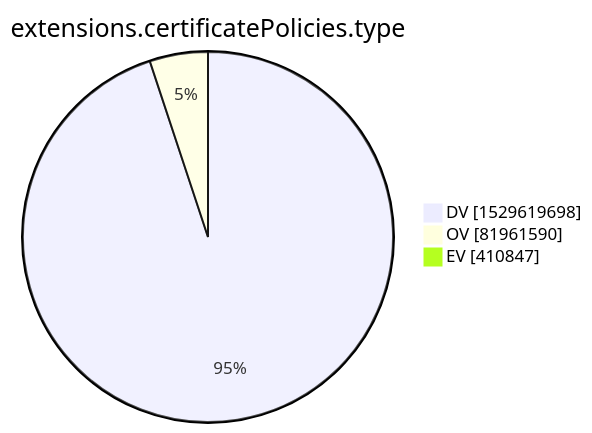
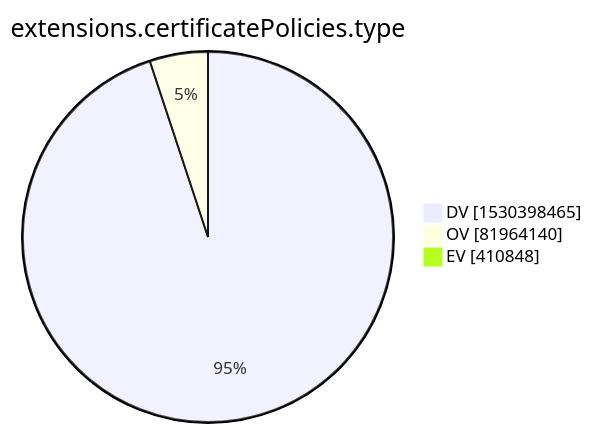
Before and after one commit to christiankrug/ctmonitor_visualization: the tenth of 15 diagrams in xenon2022/README.md, drawn with Mermaid. The commit also changed other lines of this file, not shown here.

````diff
--- a/xenon2022/README.md
+++ b/xenon2022/README.md
@@ -2875,7 +2875,7 @@
 ```mermaid
 pie showData
 title extensions.certificatePolicies.type
-"DV" :1529619698
-"OV" :81961590
-"EV" :410847
+"DV" :1530398465
+"OV" :81964140
+"EV" :410848
 ```
````
